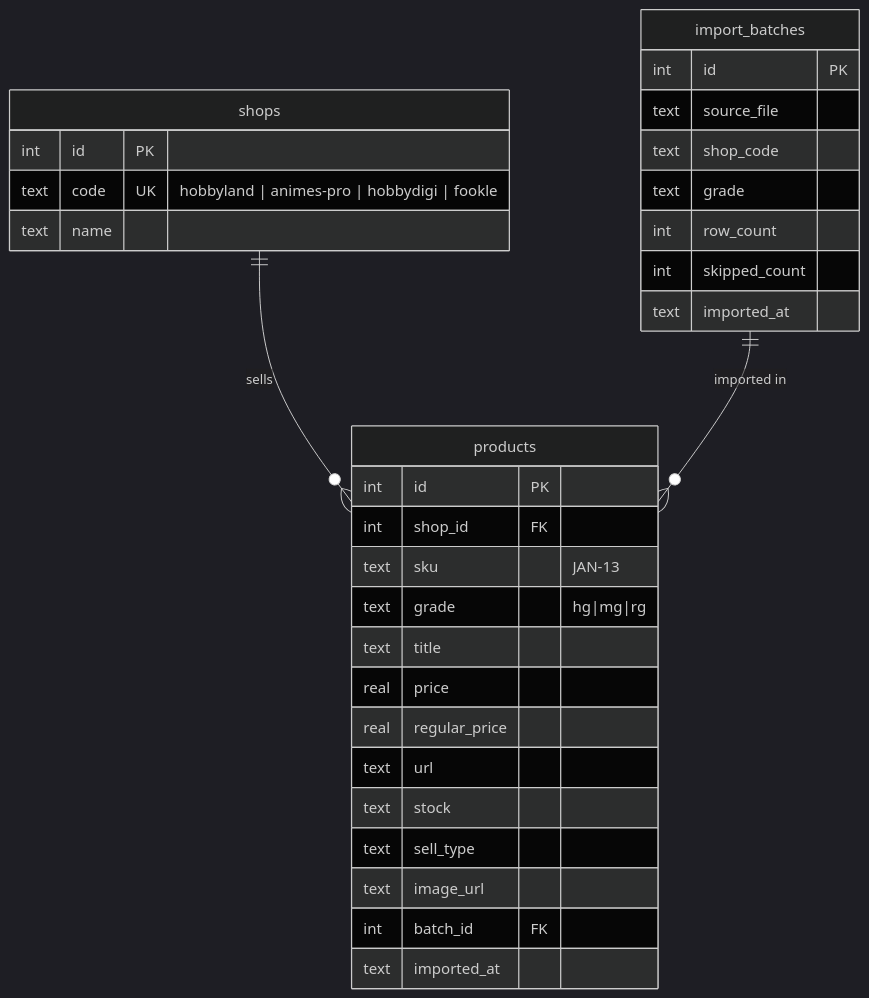
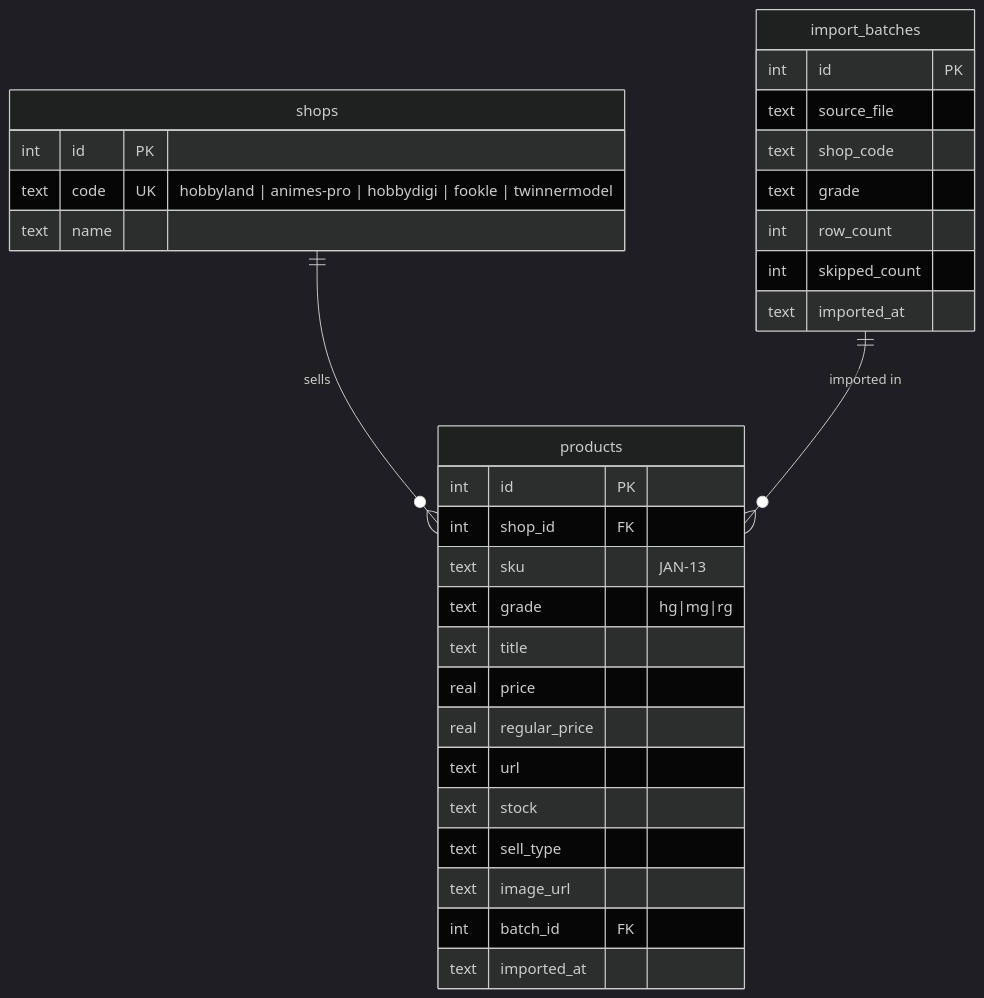
Before and after one commit to jakwong1981/hobbyland: the sixth of 7 diagrams in docs/ARCHITECTURE.md, drawn with Mermaid (dark theme). The commit also changed other lines of this file and 50 other files, not shown here.

````diff
--- a/docs/ARCHITECTURE.md
+++ b/docs/ARCHITECTURE.md
@@ -142,34 +142,34 @@
 ```mermaid
 erDiagram
     shops ||--o{ products : sells
     import_batches ||--o{ products : "imported in"
     shops {
         int id PK
-        text code UK "hobbyland | animes-pro | hobbydigi | fookle"
+        text code UK "hobbyland | animes-pro | hobbydigi | fookle | twinnermodel"
         text name
     }
     import_batches {
         int id PK
         text source_file
         text shop_code
         text grade
         int row_count
         int skipped_count
         text imported_at
     }
     products {
         int id PK
         int shop_id FK
         text sku "JAN-13"
         text grade "hg|mg|rg"
         text title
         real price
         real regular_price
         text url
         text stock
         text sell_type
         text image_url
         int batch_id FK
         text imported_at
     }
 ```
````
